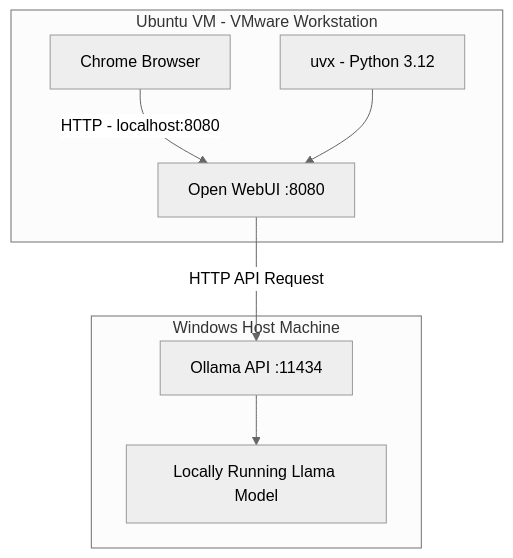
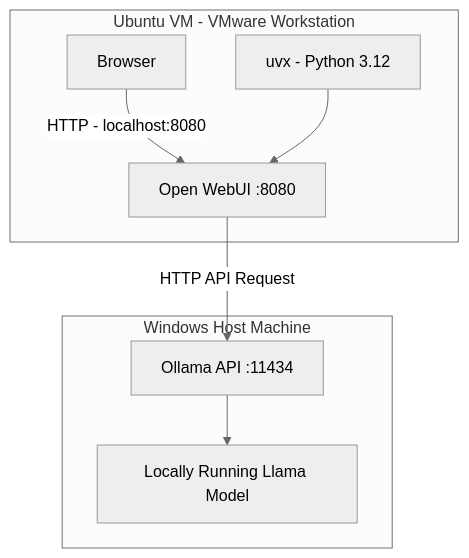
One commit to Thiruvangadan/local-ai-ollama-openwebui changed the diagram in README.md. Above: the diagram before and after it, drawn with Mermaid (neutral theme).

````diff
--- a/README.md
+++ b/README.md
@@ -19,18 +19,18 @@
 ```mermaid
 flowchart TB
     subgraph VM["Ubuntu VM - VMware Workstation"]
-        A[Chrome Browser]
+        A[Browser]
         B[Open WebUI :8080]
         C[uvx - Python 3.12]
         A -->|HTTP - localhost:8080| B
         C --> B
     end
 
     subgraph HOST["Windows Host Machine"]
         D[Ollama API :11434]
         E[Locally Running Llama Model]
         D --> E
     end
 
     B -->|HTTP API Request| D
 ```
````
